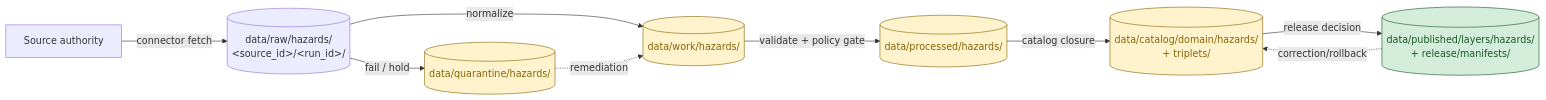
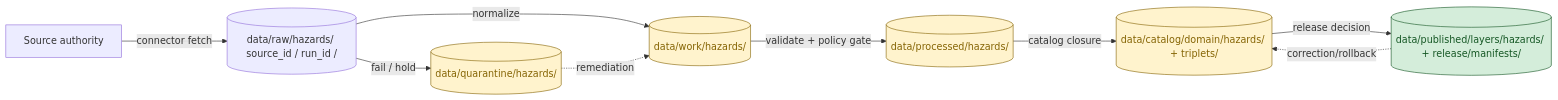
The second of 3 diagrams in docs/domains/hazards/SOURCE_REGISTRY.md (bartytime4life/Kansas-Frontier-Matrix), drawn with Mermaid before and after one commit. The commit also changed other lines of this file, not shown here.

````diff
--- a/docs/domains/hazards/SOURCE_REGISTRY.md
+++ b/docs/domains/hazards/SOURCE_REGISTRY.md
@@ -294,16 +305,16 @@
 ```mermaid
 flowchart LR
-  S[Source authority] -->|connector fetch| RAW[("data/raw/hazards/<br/>&lt;source_id&gt;/&lt;run_id&gt;/")]
-  RAW -->|normalize| WORK[("data/work/hazards/")]
-  RAW -->|fail / hold| QUAR[("data/quarantine/hazards/")]
-  WORK -->|validate + policy gate| PROC[("data/processed/hazards/")]
+  S["Source authority"] -->|"connector fetch"| RAW[("data/raw/hazards/ source_id / run_id /")]
+  RAW -->|"normalize"| WORK[("data/work/hazards/")]
+  RAW -->|"fail / hold"| QUAR[("data/quarantine/hazards/")]
+  WORK -->|"validate + policy gate"| PROC[("data/processed/hazards/")]
   QUAR -. remediation .-> WORK
-  PROC -->|catalog closure| CAT[("data/catalog/domain/hazards/<br/>+ triplets/")]
-  CAT -->|release decision| PUB[("data/published/layers/hazards/<br/>+ release/manifests/")]
+  PROC -->|"catalog closure"| CAT[("data/catalog/domain/hazards/ + triplets/")]
+  CAT -->|"release decision"| PUB[("data/published/layers/hazards/ + release/manifests/")]
   PUB -. correction/rollback .-> CAT
 
   classDef gate fill:#fff3cd,stroke:#856404,color:#856404;
   classDef pub fill:#d4edda,stroke:#155724,color:#155724;
   class WORK,QUAR,PROC,CAT gate
   class PUB pub
 ```
````
